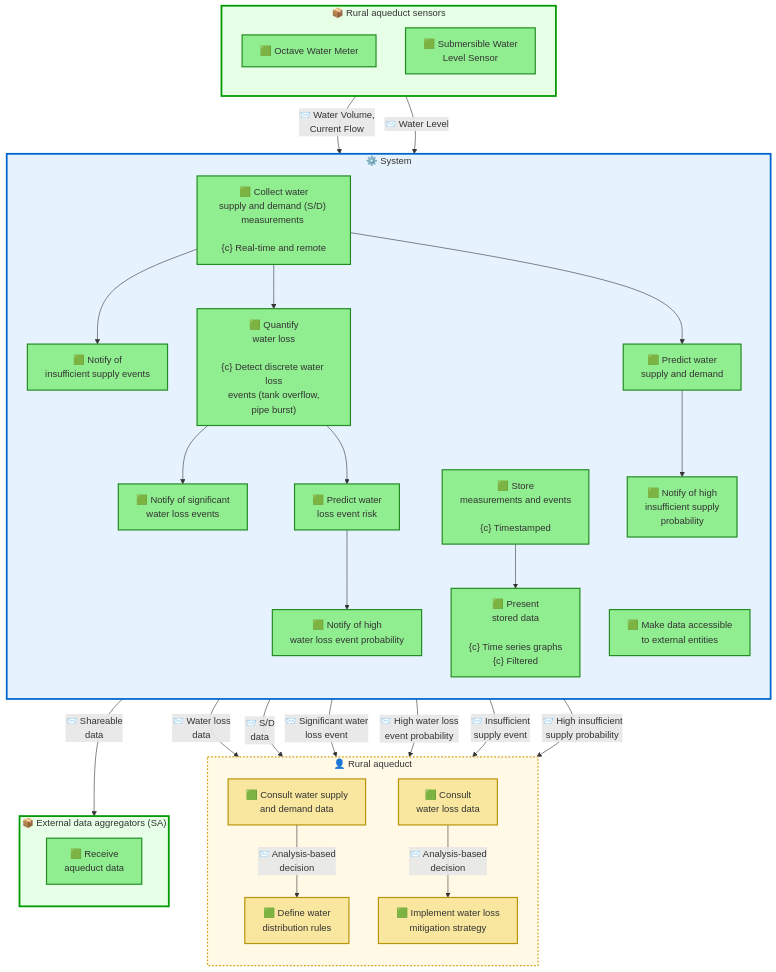
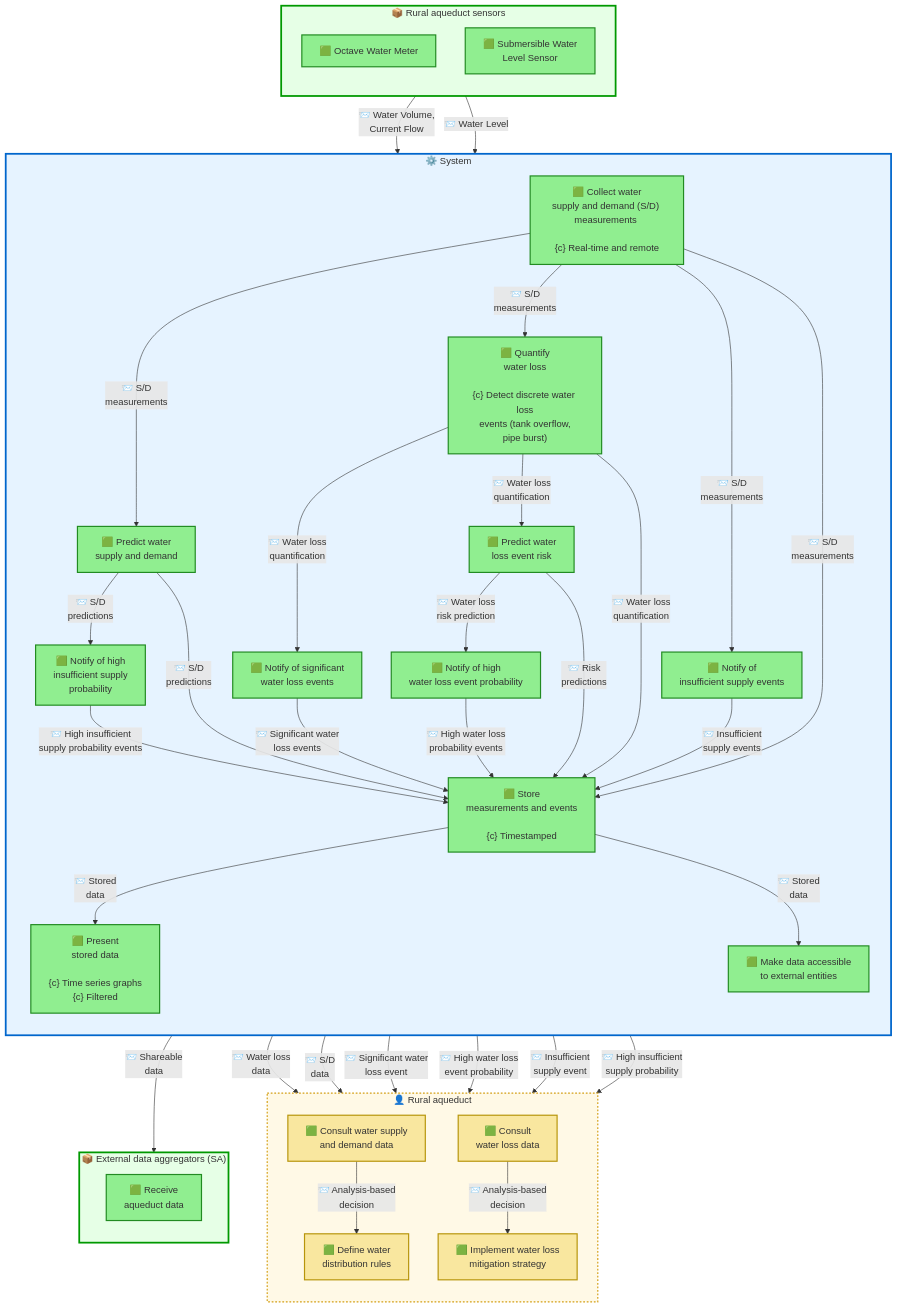
Before and after one commit to DeltaLabo/ASADA_Paso_Ancho: the diagram in se/system_architecture.mmd, drawn with Mermaid.

Commit message:
functional exchanges

```diff
--- a/se/system_architecture.mmd
+++ b/se/system_architecture.mmd
@@ -1,79 +1,92 @@
 flowchart TB
     subgraph RuralAqueductActors["👤 Rural aqueduct"]
         direction TB
         
         F_CONSULT_WL["🟩 Consult<br/>water loss data"]
         F_CONSULT_SD["🟩 Consult water supply<br/>and demand data"]
         F_DEF_DIST["🟩 Define water<br/>distribution rules"]
         F_IMPL_WL_MIT["🟩 Implement water loss<br/>mitigation strategy"]
     end
 
     subgraph Sensors["📦 Rural aqueduct sensors"]
         direction TB
         SENSOR_OCTAVE["🟩 Octave Water Meter"]
         SENSOR_LEVEL["🟩 Submersible Water<br/>Level Sensor"]
     end
 
     subgraph ExtDataAgg["📦 External data aggregators (SA)"]
         direction TB
         SF_ED1["🟩 Receive<br/>aqueduct data"]
     end
 
     subgraph RuralAqueductSystem["⚙️ System"]
         direction TB
 
         SF_AQ5["🟩 Notify of<br/>insufficient supply events"]
         SF_AQ6["🟩 Predict water<br/>supply and demand"]
         SF_AQ7["🟩 Notify of significant<br/>water loss events"]
         SF_AQ8["🟩 Quantify<br/>water loss<br/><br/>{c} Detect discrete water loss<br/>events (tank overflow,<br/>pipe burst)"]
         SF_AQ10["🟩 Collect water<br/>supply and demand (S/D) measurements <br/><br/>{c} Real-time and remote<br/>"]
         SF_AQ11["🟩 Notify of high<br/>water loss event probability"]
         SF_AQ12["🟩 Notify of high<br/>insufficient supply<br/> probability"]
         SF_AQ13["🟩 Make data accessible<br/>to external entities"]
         SF_AQ14["🟩 Present<br/>stored data<br/><br/>{c} Time series graphs<br/>{c} Filtered<br/>"]
         SF_AQ15["🟩 Store<br/>measurements and events<br/><br/>{c} Timestamped"]
         SF_AQ16["🟩 Predict water<br/>loss event risk"]
     end
 
     %% Rural aqueduct human activity exchanges
     SF_AQ14 -->|"📨 Water loss<br/>data"| F_CONSULT_WL
     SF_AQ14 -->|"📨 S/D<br/>data"| F_CONSULT_SD
     SF_AQ7 -->|"📨 Significant water<br/>loss event"| F_IMPL_WL_MIT
     SF_AQ11 -->|"📨 High water loss<br/>event probability"| F_IMPL_WL_MIT
     SF_AQ5 -->|"📨 Insufficient<br/>supply event"| F_DEF_DIST
     SF_AQ12 -->|"📨 High insufficient<br/>supply probability"| F_DEF_DIST
     F_CONSULT_SD -->|"📨 Analysis-based<br/>decision"| F_DEF_DIST
     F_CONSULT_WL -->|"📨 Analysis-based<br/>decision"| F_IMPL_WL_MIT
 
     %% Sensor exchanges
     SENSOR_OCTAVE -->|"📨 Water Volume,<br/>Current Flow"| SF_AQ10
     SENSOR_LEVEL -->|"📨 Water Level"| SF_AQ10
 
     %% External data aggregators exchange
     SF_AQ13 -->|"📨 Shareable<br/>data"| SF_ED1
 
     %% Internal System exchanges
-    SF_AQ8 --> SF_AQ7
-    SF_AQ16 --> SF_AQ11
+    SF_AQ8 -->|"📨 Water loss<br/>quantification"| SF_AQ7
+    SF_AQ16 -->|"📨 Water loss<br/>risk prediction"| SF_AQ11
 
-    SF_AQ15 --> SF_AQ14
-    SF_AQ10 --> SF_AQ6
-    SF_AQ10 --> SF_AQ8
-    SF_AQ10 --> SF_AQ5
-    SF_AQ6 --> SF_AQ12
-    SF_AQ8 --> SF_AQ16
+    SF_AQ15 -->|"📨 Stored<br/>data"| SF_AQ14
+    SF_AQ10 -->|"📨 S/D<br/>measurements"| SF_AQ6
+    SF_AQ10 -->|"📨 S/D<br/>measurements"| SF_AQ8
+    SF_AQ10 -->|"📨 S/D<br/>measurements"| SF_AQ5
+    SF_AQ6 -->|"📨 S/D<br/>predictions"| SF_AQ12
+    SF_AQ8 -->|"📨 Water loss<br/>quantification"| SF_AQ16
+
+    %% Storage exchanges
+    SF_AQ10 -->|"📨 S/D<br/>measurements"| SF_AQ15
+    SF_AQ8 -->|"📨 Water loss<br/>quantification"| SF_AQ15
+    SF_AQ6 -->|"📨 S/D<br/>predictions"| SF_AQ15
+    SF_AQ16 -->|"📨 Risk<br/>predictions"| SF_AQ15
+    SF_AQ5 -->|"📨 Insufficient<br/>supply events"| SF_AQ15
+    SF_AQ7 -->|"📨 Significant water<br/>loss events"| SF_AQ15
+    SF_AQ11 -->|"📨 High water loss<br/>probability events"| SF_AQ15
+    SF_AQ12 -->|"📨 High insufficient<br/>supply probability events"| SF_AQ15
+
+    %% External accessibility exchange
+    SF_AQ15 -->|"📨 Stored<br/>data"| SF_AQ13
 
     %% Styling
     classDef actorFunctionClass fill:#f9e79f,stroke:#b7950b,stroke-width:2px
     classDef systemFunctionClass fill:#90ee90,stroke:#228b22,stroke-width:2px
     classDef systemClass fill:#e6f3ff,stroke:#0066cc,stroke-width:3px
     classDef externalClass fill:#e6ffe6,stroke:#009900,stroke-width:3px
     classDef actorContainerClass fill:#fff9e6,stroke:#d4a017,stroke-width:2px,stroke-dasharray: 3 3
 
     class F_CONSULT_WL,F_CONSULT_SD,F_DEF_DIST,F_IMPL_WL_MIT actorFunctionClass
     class SENSOR_OCTAVE,SENSOR_LEVEL systemFunctionClass
     class Sensors externalClass
     class SF_ED1,SF_AQ5,SF_AQ6,SF_AQ7,SF_AQ8,SF_AQ10,SF_AQ11,SF_AQ12,SF_AQ13,SF_AQ14,SF_AQ15,SF_AQ16 systemFunctionClass
     class RuralAqueductSystem systemClass
     class ExtDataAgg externalClass
     class RuralAqueductActors actorContainerClass
```
